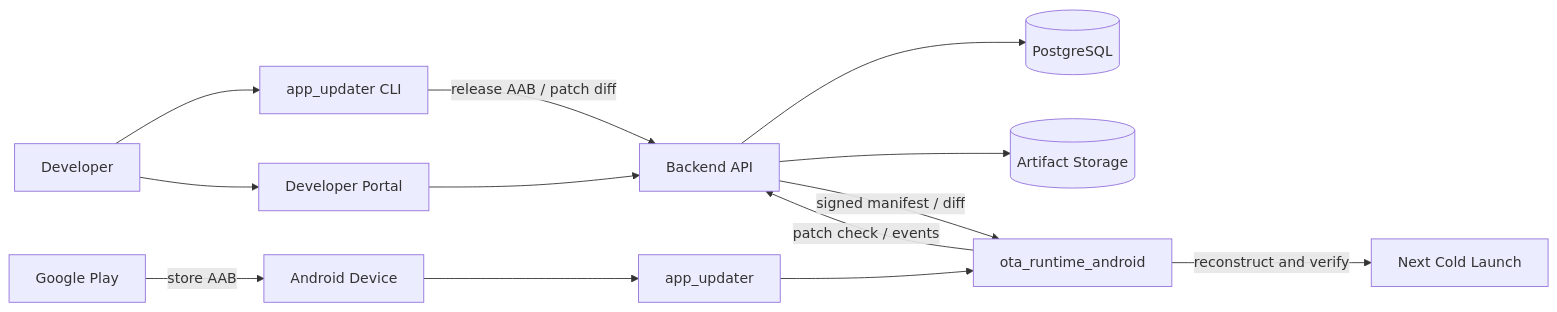
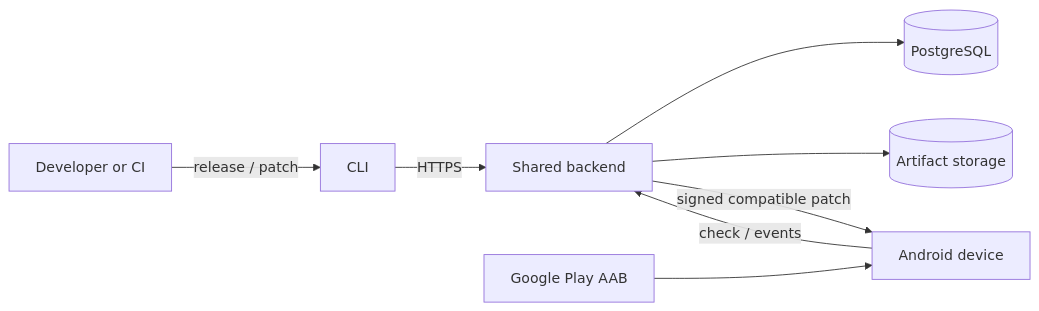
The diagram in README.md (berkersaptas/app_updater), drawn with Mermaid before and after one commit. The commit also changed other lines of this file and 5 other files, not shown here.

````diff
--- a/README.md
+++ b/README.md
@@ -103,16 +201,10 @@
 ```mermaid
 flowchart LR
-    Developer --> CLI[app_updater CLI]
-    CLI -->|release AAB / patch diff| API[Backend API]
-    Developer --> Portal[Developer Portal]
-    Portal --> API
-    API --> DB[(PostgreSQL)]
-    API --> Storage[(Artifact Storage)]
-
-    Play[Google Play] -->|store AAB| Device[Android Device]
-    Device --> Plugin[app_updater]
-    Plugin --> Runtime[ota_runtime_android]
-    Runtime -->|patch check / events| API
-    API -->|signed manifest / diff| Runtime
-    Runtime -->|reconstruct and verify| NextBoot[Next Cold Launch]
+    Dev[Developer or CI] -->|release / patch| CLI[CLI]
+    CLI -->|HTTPS| Backend[Shared backend]
+    Backend --> DB[(PostgreSQL)]
+    Backend --> Files[(Artifact storage)]
+    Play[Google Play AAB] --> Device[Android device]
+    Device -->|check / events| Backend
+    Backend -->|signed compatible patch| Device
 ```
````
